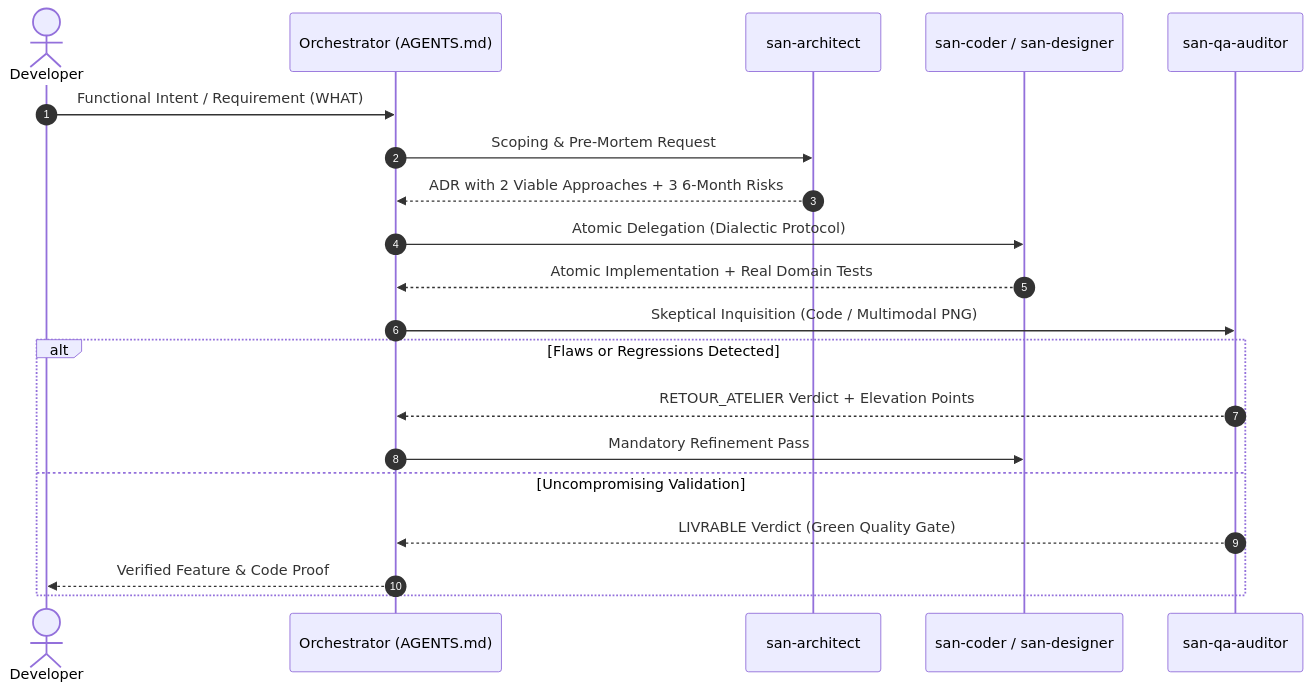
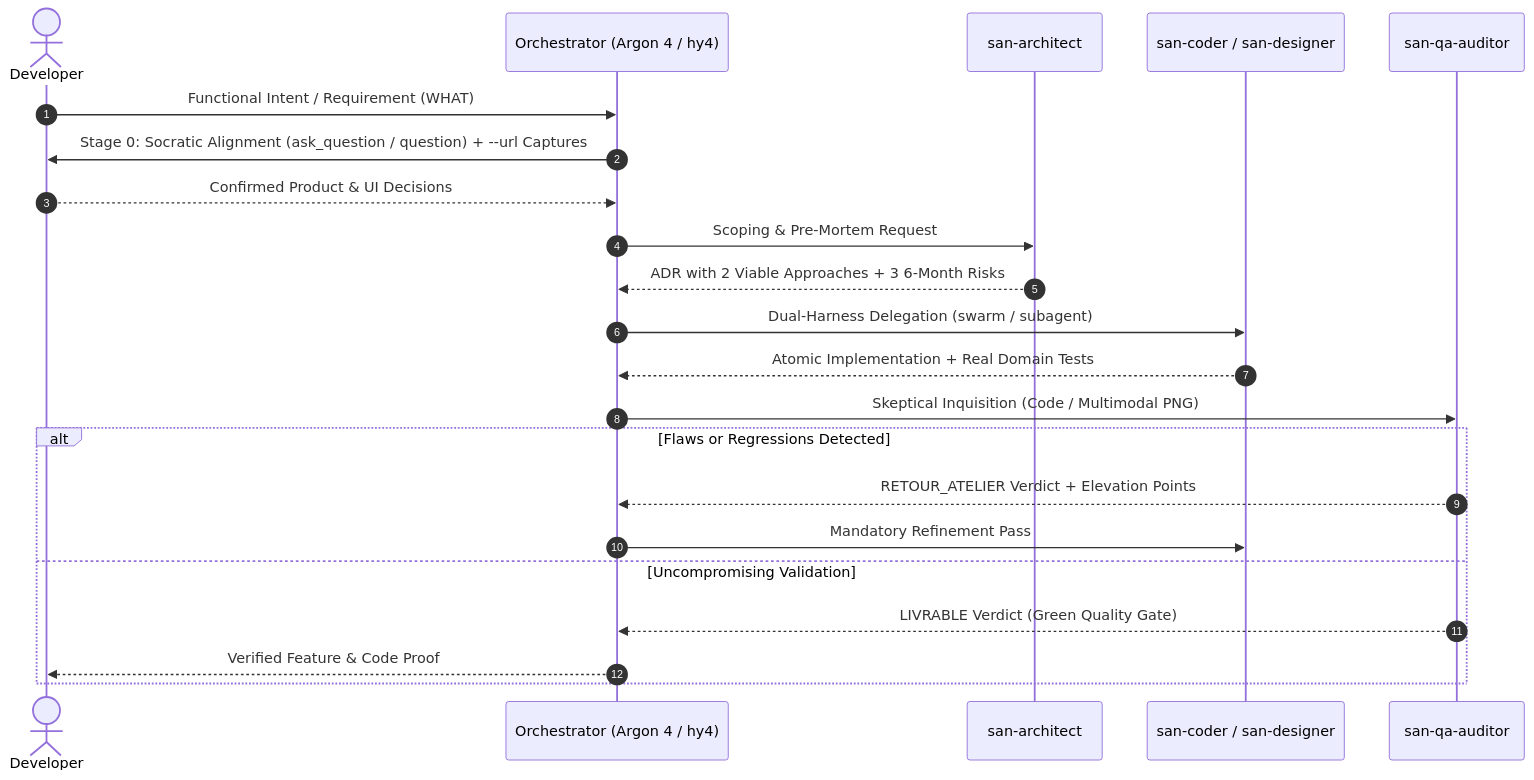
Before and after one commit to alexsan-dev/san_agy_framework: the second of 2 diagrams in README.en.md, drawn with Mermaid. The commit also changed other lines of this file and 69 other files, not shown here.

Commit message:
release(v2.2.0): dual-harness Antigravity + OpenCode V2, models CLI, san_transcriber & cognitive unshackling

````diff
--- a/README.en.md
+++ b/README.en.md
@@ -113,23 +130,25 @@
 ```mermaid
 sequenceDiagram
     autonumber
     actor Dev as Developer
-    participant Orch as Orchestrator (AGENTS.md)
+    participant Orch as Orchestrator (Argon 4 / hy4)
     participant Arch as san-architect
     participant Worker as san-coder / san-designer
     participant QA as san-qa-auditor
 
     Dev->>Orch: Functional Intent / Requirement (WHAT)
+    Orch->>Dev: Stage 0: Socratic Alignment (ask_question / question) + --url Captures
+    Dev-->>Orch: Confirmed Product & UI Decisions
     Orch->>Arch: Scoping & Pre-Mortem Request
     Arch-->>Orch: ADR with 2 Viable Approaches + 3 6-Month Risks
-    Orch->>Worker: Atomic Delegation (Dialectic Protocol)
+    Orch->>Worker: Dual-Harness Delegation (swarm / subagent)
     Worker-->>Orch: Atomic Implementation + Real Domain Tests
     Orch->>QA: Skeptical Inquisition (Code / Multimodal PNG)
     alt Flaws or Regressions Detected
         QA-->>Orch: RETOUR_ATELIER Verdict + Elevation Points
         Orch->>Worker: Mandatory Refinement Pass
     else Uncompromising Validation
         QA-->>Orch: LIVRABLE Verdict (Green Quality Gate)
         Orch-->>Dev: Verified Feature & Code Proof
     end
 ```
````
